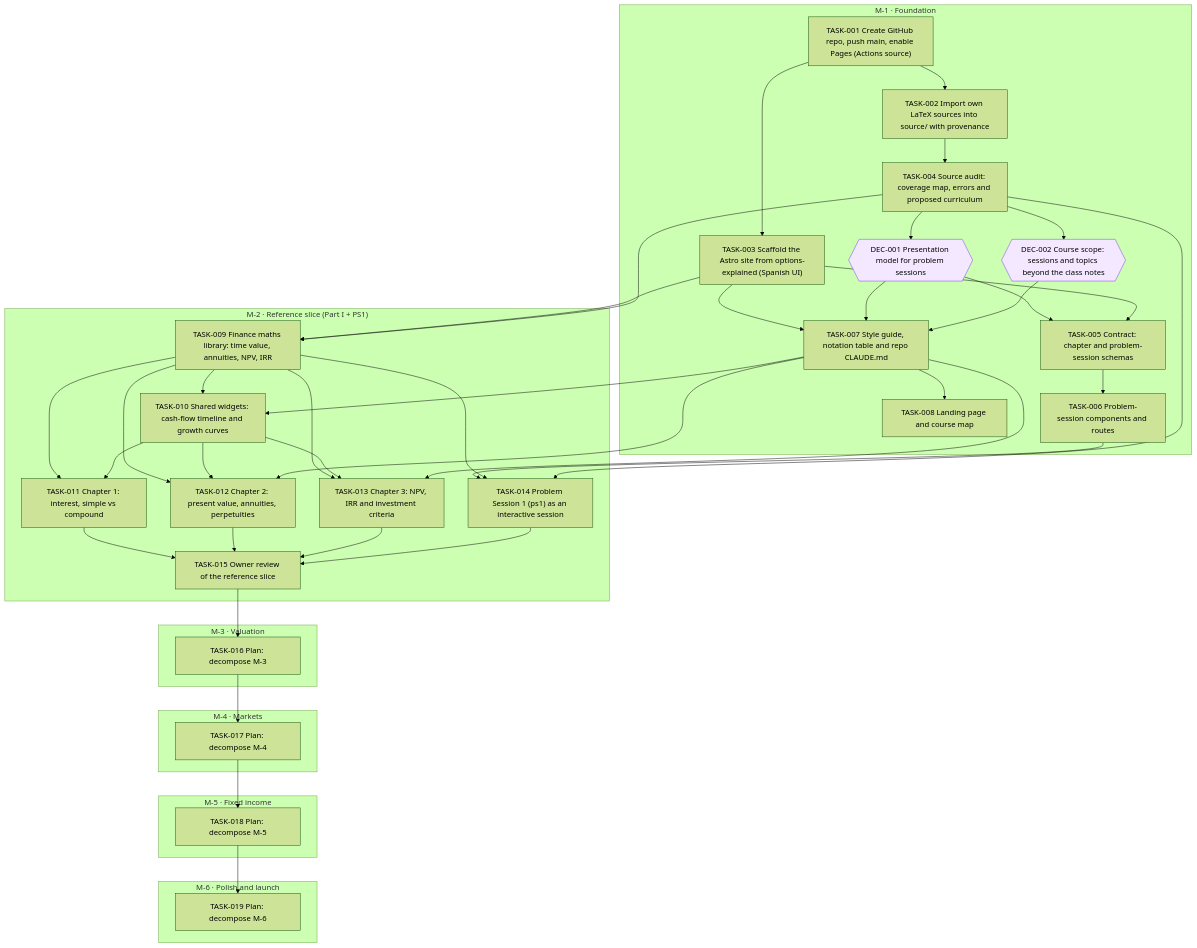
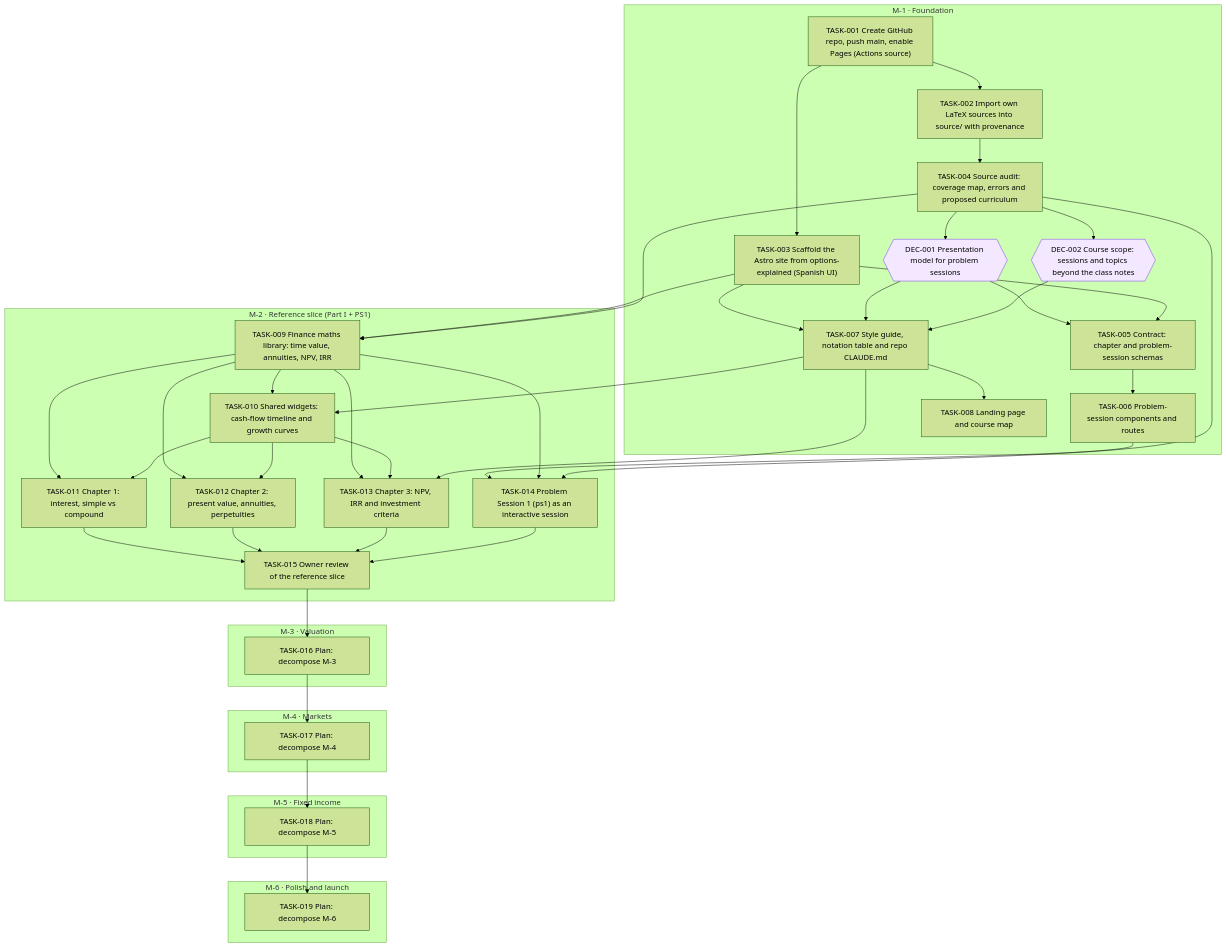
One commit to jesusvillota/economia-financiera changed the diagram in goals/course-site/README.md. Above: the diagram before and after it, drawn with Mermaid (forest theme). The commit also changed 1 other file, not shown here.

Commit message:
goal(course-site): unlink TASK-012 after TASK-007

````diff
--- a/goals/course-site/README.md
+++ b/goals/course-site/README.md
@@ -19,76 +19,75 @@
 ```mermaid
 flowchart TD
   subgraph M_1["M-1 · Foundation"]
     DEC_001{{"DEC-001 Presentation model for problem sessions"}}
     DEC_002{{"DEC-002 Course scope: sessions and topics beyond the class notes"}}
     TASK_001["TASK-001 Create GitHub repo, push main, enable Pages (Actions source)"]
     TASK_002["TASK-002 Import own LaTeX sources into source/ with provenance"]
     TASK_003["TASK-003 Scaffold the Astro site from options-explained (Spanish UI)"]
     TASK_004["TASK-004 Source audit: coverage map, errors and proposed curriculum"]
     TASK_005["TASK-005 Contract: chapter and problem-session schemas"]
     TASK_006["TASK-006 Problem-session components and routes"]
     TASK_007["TASK-007 Style guide, notation table and repo CLAUDE.md"]
     TASK_008["TASK-008 Landing page and course map"]
   end
   subgraph M_2["M-2 · Reference slice (Part I + PS1)"]
     TASK_009["TASK-009 Finance maths library: time value, annuities, NPV, IRR"]
     TASK_010["TASK-010 Shared widgets: cash-flow timeline and growth curves"]
     TASK_011["TASK-011 Chapter 1: interest, simple vs compound"]
     TASK_012["TASK-012 Chapter 2: present value, annuities, perpetuities"]
     TASK_013["TASK-013 Chapter 3: NPV, IRR and investment criteria"]
     TASK_014["TASK-014 Problem Session 1 (ps1) as an interactive session"]
     TASK_015["TASK-015 Owner review of the reference slice"]
   end
   subgraph M_3["M-3 · Valuation"]
     TASK_016["TASK-016 Plan: decompose M-3"]
   end
   subgraph M_4["M-4 · Markets"]
     TASK_017["TASK-017 Plan: decompose M-4"]
   end
   subgraph M_5["M-5 · Fixed income"]
     TASK_018["TASK-018 Plan: decompose M-5"]
   end
   subgraph M_6["M-6 · Polish and launch"]
     TASK_019["TASK-019 Plan: decompose M-6"]
   end
   TASK_004 --> DEC_001
   TASK_004 --> DEC_002
   TASK_001 --> TASK_002
   TASK_001 --> TASK_003
   TASK_002 --> TASK_004
   DEC_001 --> TASK_005
   TASK_003 --> TASK_005
   TASK_005 --> TASK_006
   TASK_003 --> TASK_007
   DEC_001 --> TASK_007
   DEC_002 --> TASK_007
   TASK_007 --> TASK_008
   TASK_003 --> TASK_009
   TASK_004 --> TASK_009
   TASK_007 --> TASK_010
   TASK_009 --> TASK_010
   TASK_009 --> TASK_011
   TASK_010 --> TASK_011
   TASK_009 --> TASK_012
   TASK_010 --> TASK_012
-  TASK_007 --> TASK_012
   TASK_009 --> TASK_013
   TASK_010 --> TASK_013
   TASK_007 --> TASK_013
   TASK_006 --> TASK_014
   TASK_009 --> TASK_014
   TASK_004 --> TASK_014
   TASK_011 --> TASK_015
   TASK_012 --> TASK_015
   TASK_013 --> TASK_015
   TASK_014 --> TASK_015
   TASK_015 --> TASK_016
   TASK_016 --> TASK_017
   TASK_017 --> TASK_018
   TASK_018 --> TASK_019
   classDef draft stroke-dasharray: 4 3
   classDef cancelled opacity:0.45
   classDef decision fill:#f3e8ff,stroke:#7c3aed
   class DEC_001 decision
   class DEC_002 decision
 ```
````
